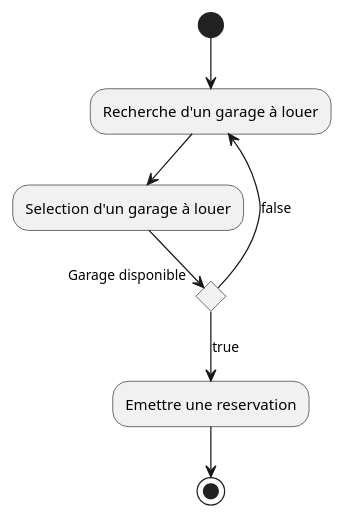
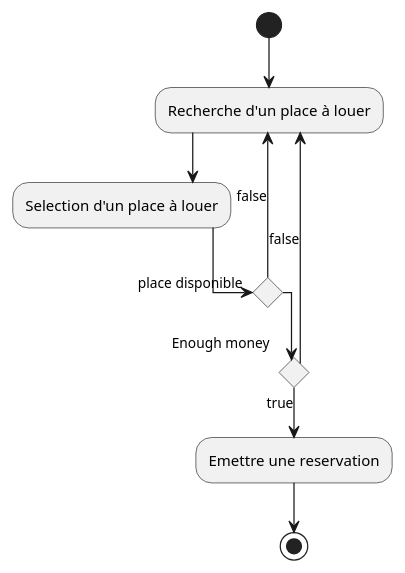
One commit to BaptisteBerhu/mda-garage changed the diagram in uml/Book a place.puml. Above: the diagram before and after it, drawn with PlantUML.

Commit message:
Booking a place puml

```diff
--- a/uml/Book a place.puml
+++ b/uml/Book a place.puml
@@ -1,12 +1,20 @@
 @startuml
 
-(*) --> "Recherche d'un garage à louer"
-"Recherche d'un garage à louer" -down-> "Selection d'un garage à louer"
+skinparam linetype ortho
 
-if "Garage disponible" then
-  -->[true] "Emettre une reservation"
-  "Emettre une reservation" --> (*)
+(*) --> "Recherche d'un place à louer"
+"Recherche d'un place à louer" -down-> "Selection d'un place à louer"
+
+if "place disponible" then
+  if "Enough money"
+    -->[true] "Emettre une reservation"
+    "Emettre une reservation" --> (*)
+    else 
+    -up->[false] "Recherche d'un place à louer"
+  endif
+  
+  
 else
-  -up->[false] "Recherche d'un garage à louer"
+  -up->[false] "Recherche d'un place à louer"
 endif
 @enduml
```
